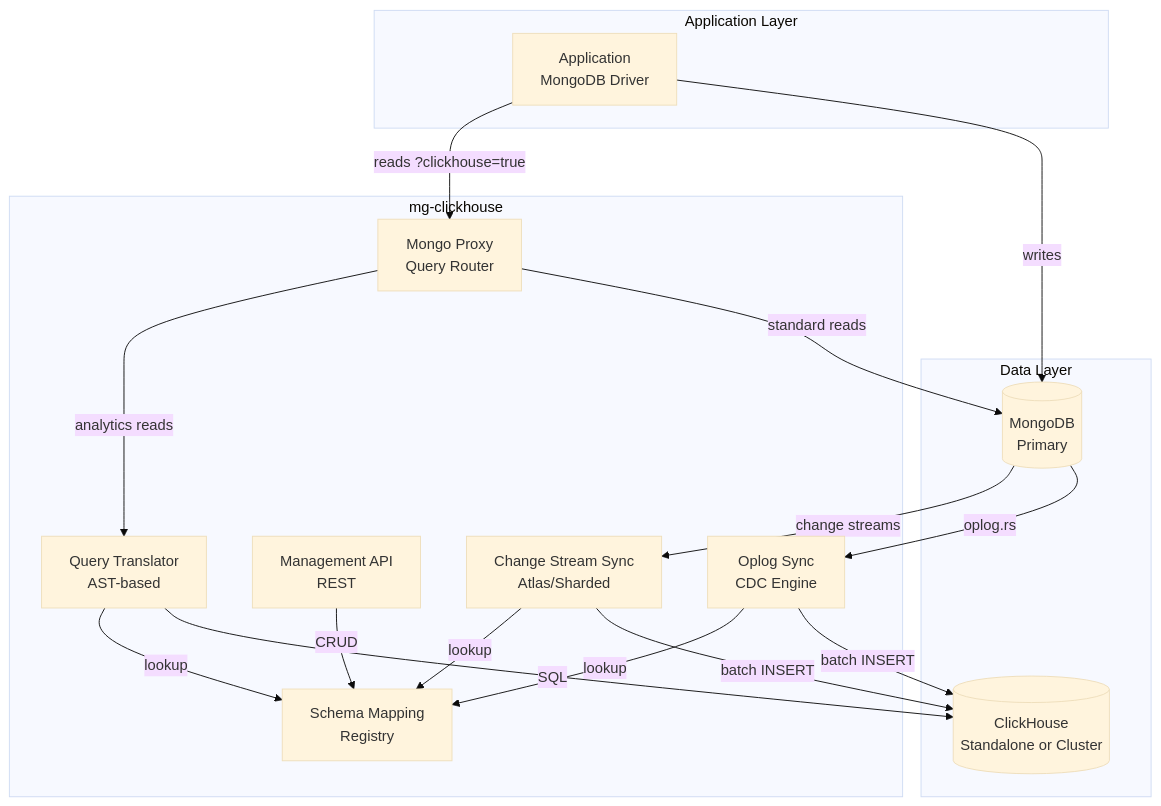
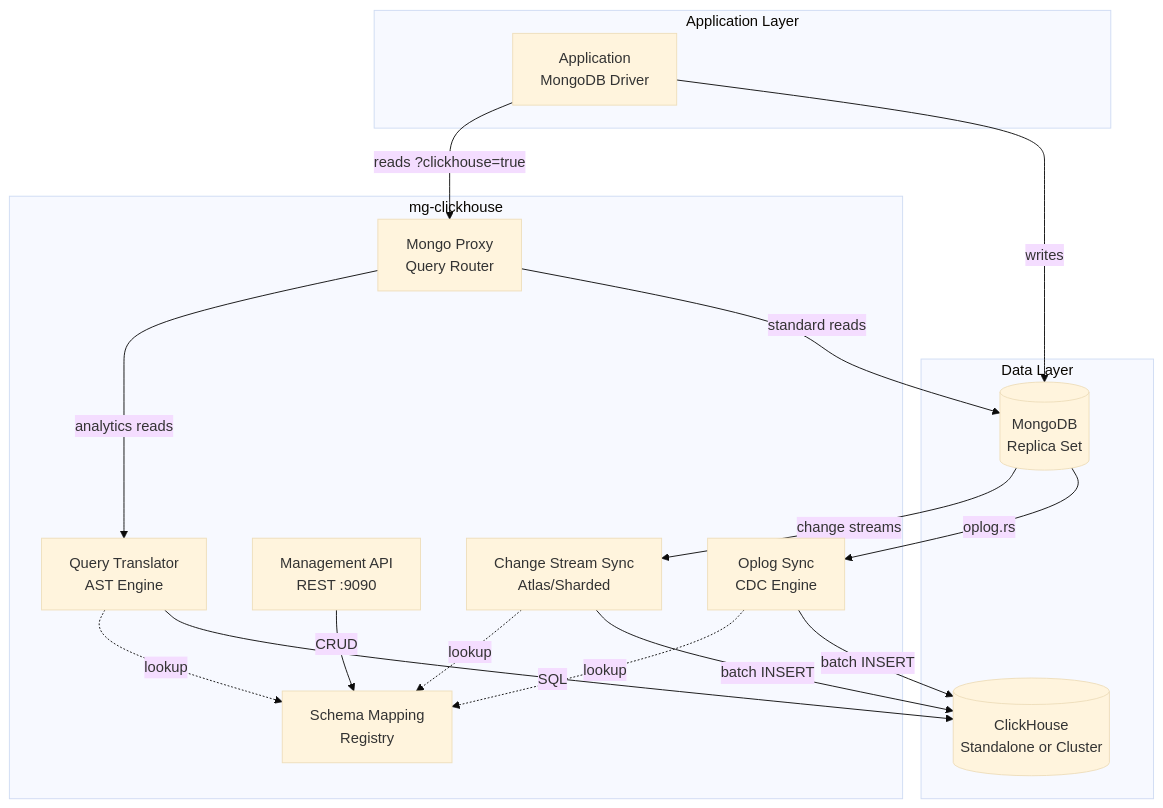
The first of 14 diagrams in docs/design.md (mrityunjaysharma/mongo-flux), drawn with Mermaid (base theme) before and after one commit. The commit also changed other lines of this file and 1 other file, not shown here.

````diff
--- a/docs/design.md
+++ b/docs/design.md
@@ -18,34 +29,34 @@
 ```mermaid
 graph TB
     subgraph Application Layer
         APP[Application<br/>MongoDB Driver]
     end
 
     subgraph mg-clickhouse
         PROXY[Mongo Proxy<br/>Query Router]
-        TRANSLATOR[Query Translator<br/>AST-based]
-        API[Management API<br/>REST]
+        TRANSLATOR[Query Translator<br/>AST Engine]
+        API[Management API<br/>REST :9090]
         OPLOG[Oplog Sync<br/>CDC Engine]
         CS[Change Stream Sync<br/>Atlas/Sharded]
         REGISTRY[Schema Mapping<br/>Registry]
     end
 
     subgraph Data Layer
-        MONGO[(MongoDB<br/>Primary)]
+        MONGO[(MongoDB<br/>Replica Set)]
         CH[(ClickHouse<br/>Standalone or Cluster)]
     end
 
     APP -->|writes| MONGO
     APP -->|reads ?clickhouse=true| PROXY
     PROXY -->|standard reads| MONGO
     PROXY -->|analytics reads| TRANSLATOR
     TRANSLATOR -->|SQL| CH
     MONGO -->|oplog.rs| OPLOG
     MONGO -->|change streams| CS
     OPLOG -->|batch INSERT| CH
     CS -->|batch INSERT| CH
     API -->|CRUD| REGISTRY
-    OPLOG -->|lookup| REGISTRY
-    CS -->|lookup| REGISTRY
-    TRANSLATOR -->|lookup| REGISTRY
+    OPLOG -.->|lookup| REGISTRY
+    CS -.->|lookup| REGISTRY
+    TRANSLATOR -.->|lookup| REGISTRY
 ```
````
